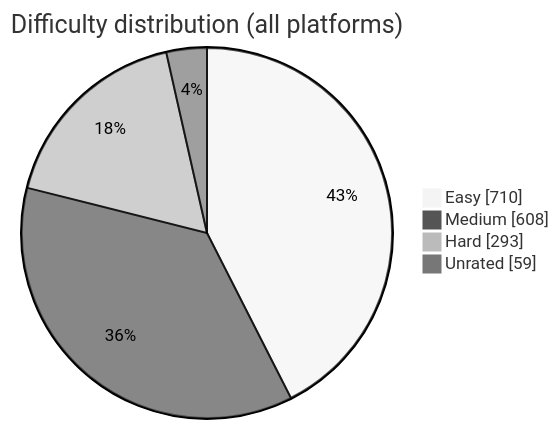
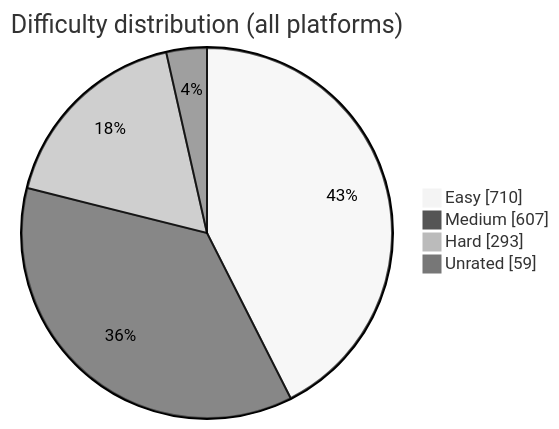
Before and after one commit to BuildbyArindam/Daily-Coding-Log: the diagram in README.md, drawn with Mermaid (neutral theme). The commit also changed other lines of this file, not shown here.

````diff
--- a/README.md
+++ b/README.md
@@ -93,7 +93,7 @@
 ```mermaid
 pie showData title Difficulty distribution (all platforms)
     "Easy" : 710
-    "Medium" : 608
+    "Medium" : 607
     "Hard" : 293
     "Unrated" : 59
 ```
````
